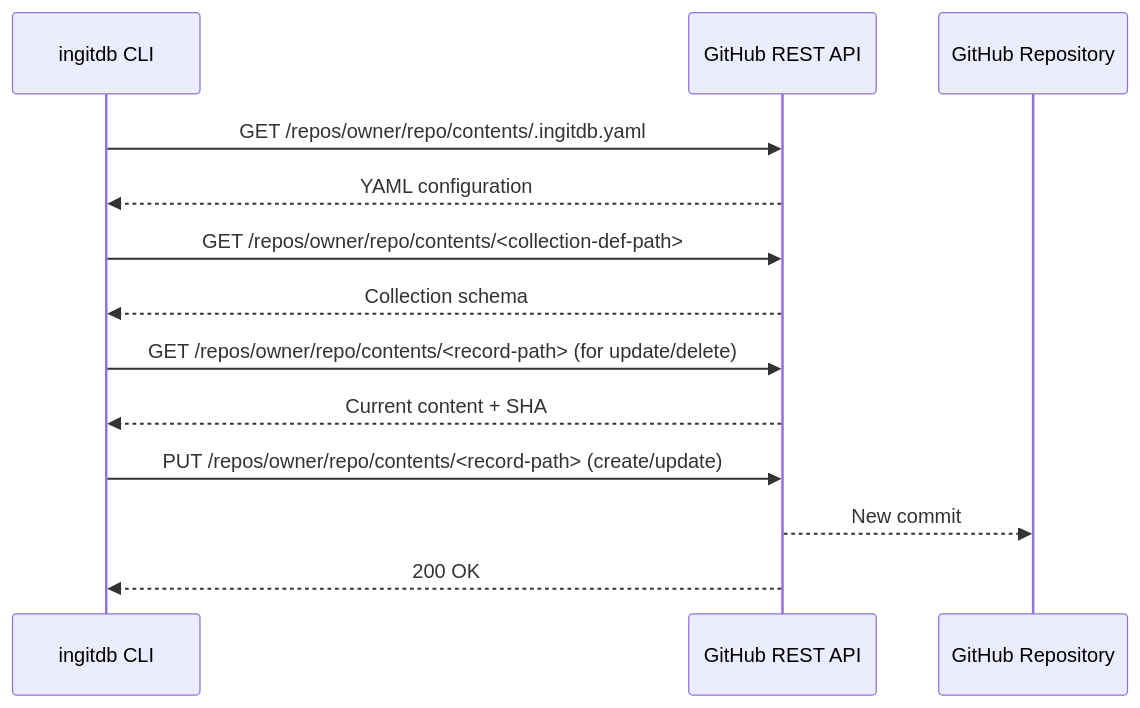
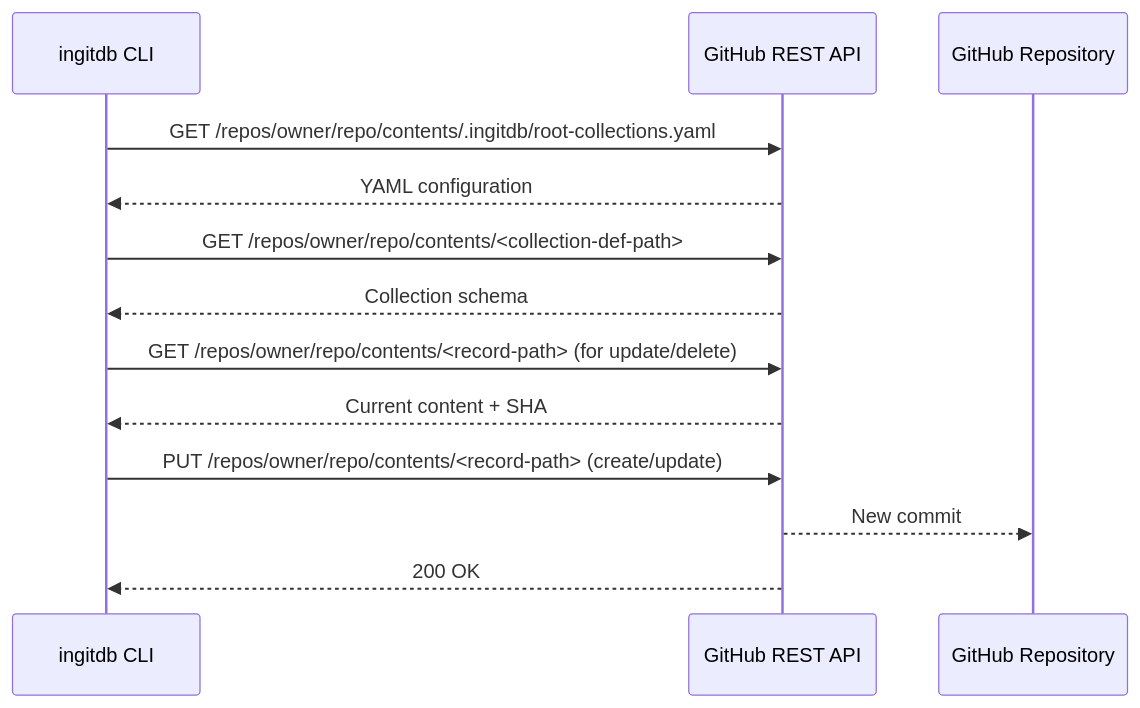
The diagram in docs/features/github-direct-access.md (ingitdb/ingitdb-cli), drawn with Mermaid before and after one commit. The commit also changed other lines of this file and 34 other files, not shown here.

First line of the commit message:
refactor(config): replace .ingitdb.yaml with .ingitdb/ directory

````diff
--- a/docs/features/github-direct-access.md
+++ b/docs/features/github-direct-access.md
@@ -272,16 +272,16 @@
 ```mermaid
 sequenceDiagram
     participant CLI as ingitdb CLI
     participant GH as GitHub REST API
     participant Repo as GitHub Repository
 
-    CLI->>GH: GET /repos/owner/repo/contents/.ingitdb.yaml
+    CLI->>GH: GET /repos/owner/repo/contents/.ingitdb/root-collections.yaml
     GH-->>CLI: YAML configuration
     CLI->>GH: GET /repos/owner/repo/contents/<collection-def-path>
     GH-->>CLI: Collection schema
     CLI->>GH: GET /repos/owner/repo/contents/<record-path> (for update/delete)
     GH-->>CLI: Current content + SHA
     CLI->>GH: PUT /repos/owner/repo/contents/<record-path> (create/update)
     GH-->>Repo: New commit
     GH-->>CLI: 200 OK
 ```
````
